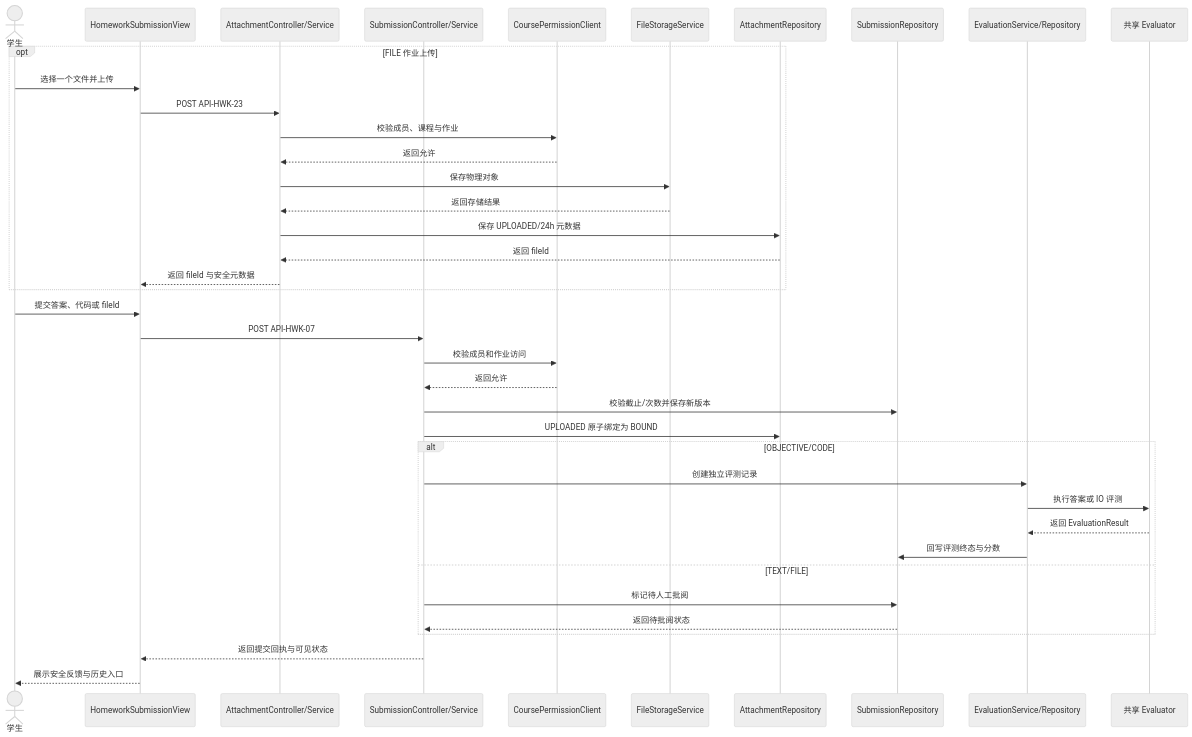
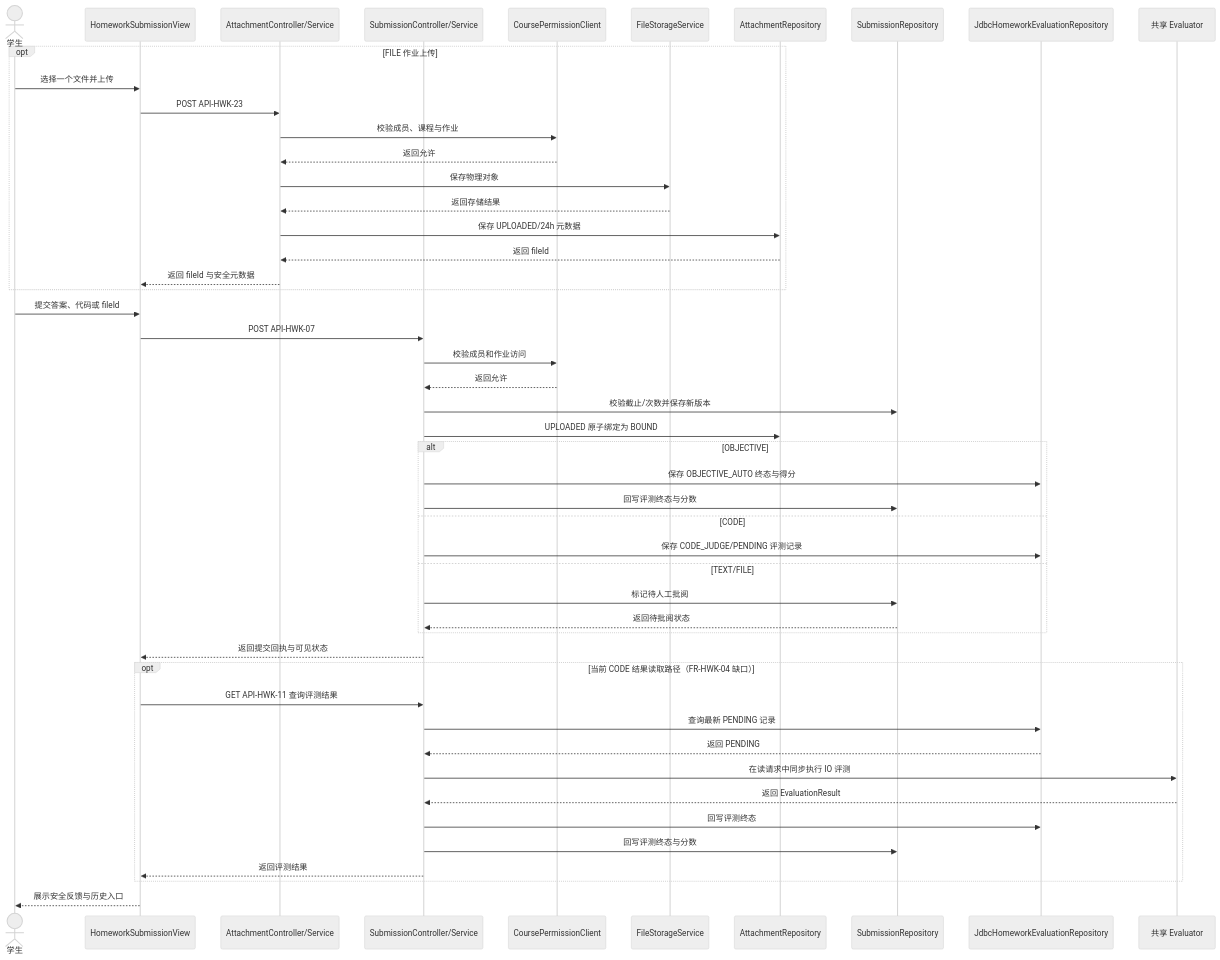
One commit to Cr4zyorange/OnlineJudge changed the diagram in docs/diagrams/dsd/fig_3_5_3b_hwk_submission_object.mmd. Above: the diagram before and after it, drawn with Mermaid (neutral theme). The commit also changed 11 other files, not shown here.

```diff
--- a/docs/diagrams/dsd/fig_3_5_3b_hwk_submission_object.mmd
+++ b/docs/diagrams/dsd/fig_3_5_3b_hwk_submission_object.mmd
@@ -1,39 +1,49 @@
 sequenceDiagram
   actor Student as 学生
   participant View as HomeworkSubmissionView
   participant Attachment as AttachmentController/Service
   participant Submission as SubmissionController/Service
   participant Permission as CoursePermissionClient
   participant Storage as FileStorageService
   participant AttachmentRepo as AttachmentRepository
   participant SubmissionRepo as SubmissionRepository
-  participant Evaluation as EvaluationService/Repository
+  participant EvaluationRepo as JdbcHomeworkEvaluationRepository
   participant Evaluator as 共享 Evaluator
   opt FILE 作业上传
     Student->>View: 选择一个文件并上传
     View->>Attachment: POST API-HWK-23
     Attachment->>Permission: 校验成员、课程与作业
     Permission-->>Attachment: 返回允许
     Attachment->>Storage: 保存物理对象
     Storage-->>Attachment: 返回存储结果
     Attachment->>AttachmentRepo: 保存 UPLOADED/24h 元数据
     AttachmentRepo-->>Attachment: 返回 fileId
     Attachment-->>View: 返回 fileId 与安全元数据
   end
   Student->>View: 提交答案、代码或 fileId
   View->>Submission: POST API-HWK-07
   Submission->>Permission: 校验成员和作业访问
   Permission-->>Submission: 返回允许
   Submission->>SubmissionRepo: 校验截止/次数并保存新版本
   Submission->>AttachmentRepo: UPLOADED 原子绑定为 BOUND
-  alt OBJECTIVE/CODE
-    Submission->>Evaluation: 创建独立评测记录
-    Evaluation->>Evaluator: 执行答案或 IO 评测
-    Evaluator-->>Evaluation: 返回 EvaluationResult
-    Evaluation->>SubmissionRepo: 回写评测终态与分数
+  alt OBJECTIVE
+    Submission->>EvaluationRepo: 保存 OBJECTIVE_AUTO 终态与得分
+    Submission->>SubmissionRepo: 回写评测终态与分数
+  else CODE
+    Submission->>EvaluationRepo: 保存 CODE_JUDGE/PENDING 评测记录
   else TEXT/FILE
     Submission->>SubmissionRepo: 标记待人工批阅
     SubmissionRepo-->>Submission: 返回待批阅状态
   end
   Submission-->>View: 返回提交回执与可见状态
+  opt 当前 CODE 结果读取路径（FR-HWK-04 缺口）
+    View->>Submission: GET API-HWK-11 查询评测结果
+    Submission->>EvaluationRepo: 查询最新 PENDING 记录
+    EvaluationRepo-->>Submission: 返回 PENDING
+    Submission->>Evaluator: 在读请求中同步执行 IO 评测
+    Evaluator-->>Submission: 返回 EvaluationResult
+    Submission->>EvaluationRepo: 回写评测终态
+    Submission->>SubmissionRepo: 回写评测终态与分数
+    Submission-->>View: 返回评测结果
+  end
   View-->>Student: 展示安全反馈与历史入口
```
